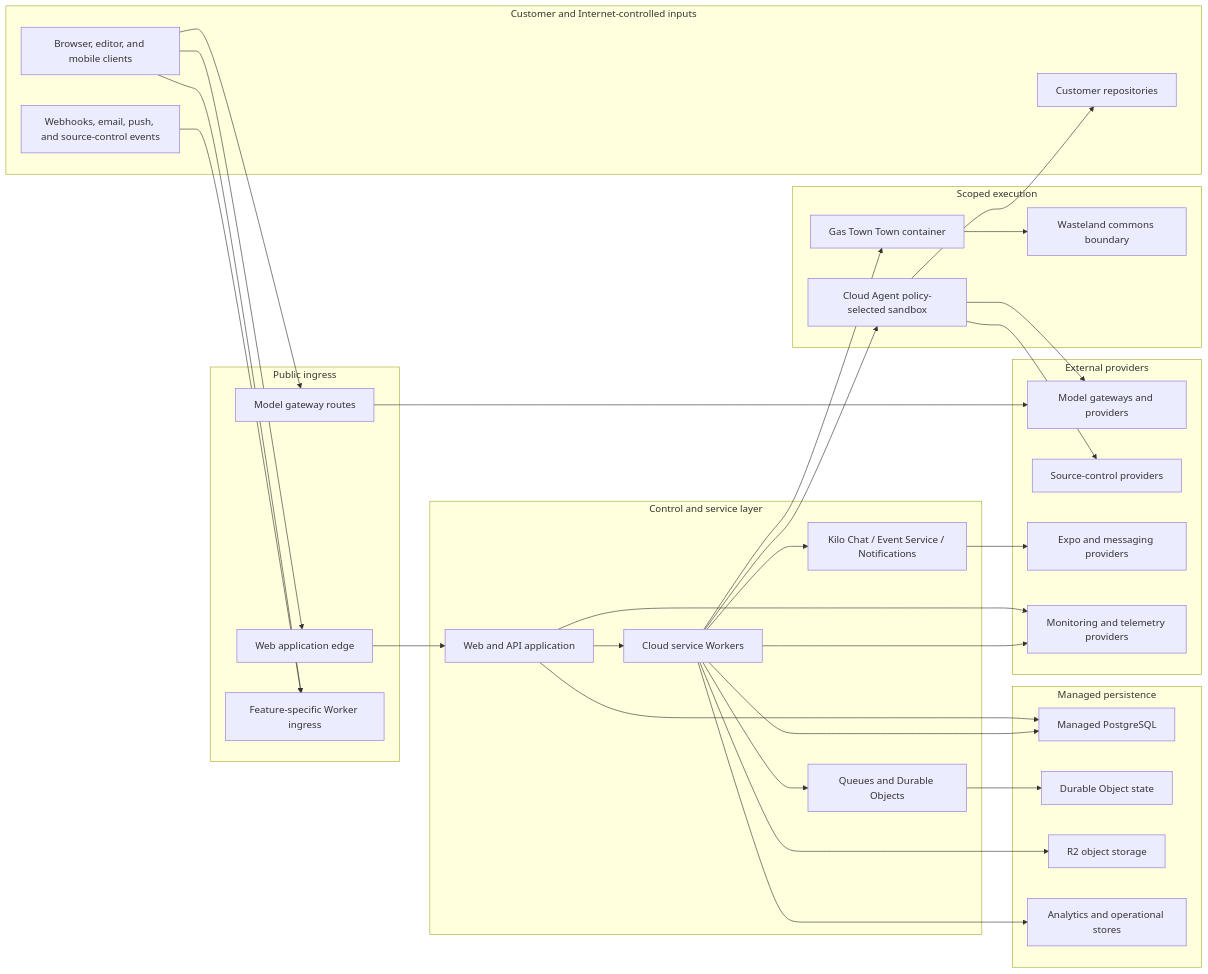
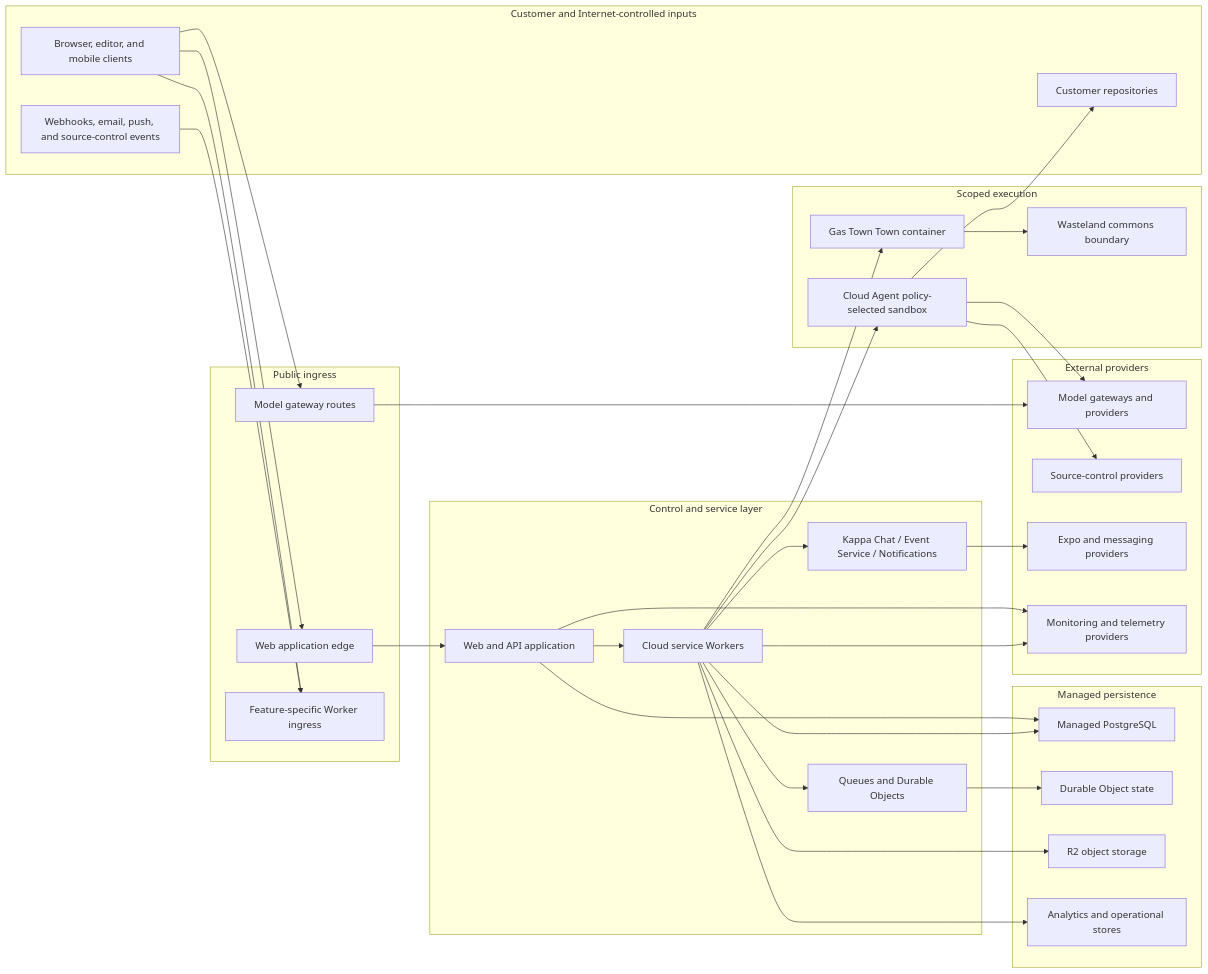
Before and after one commit to toxicwind/The-kappa-engine-open-source-AI-coding-agent-runtime: the first of 4 diagrams in packages/kappa-docs/pages/contributing/architecture/cloud-security.md, drawn with Mermaid. The commit also changed other lines of this file and 5295 other files, not shown here.

````diff
--- a/packages/kappa-docs/pages/contributing/architecture/cloud-security.md
+++ b/packages/kappa-docs/pages/contributing/architecture/cloud-security.md
@@ -31,61 +31,61 @@
 ```mermaid
 flowchart LR
   subgraph customer["Customer and Internet-controlled inputs"]
     clients["Browser, editor, and mobile clients"]
     repos["Customer repositories"]
     integrations["Webhooks, email, push, and source-control events"]
   end
 
   subgraph public["Public ingress"]
     webEdge["Web application edge"]
     gateway["Model gateway routes"]
     cloudEdge["Feature-specific Worker ingress"]
   end
 
   subgraph control["Control and service layer"]
     web["Web and API application"]
     workers["Cloud service Workers"]
-    chat["Kilo Chat / Event Service / Notifications"]
+    chat["Kappa Chat / Event Service / Notifications"]
     async["Queues and Durable Objects"]
   end
 
   subgraph execution["Scoped execution"]
     agent["Cloud Agent policy-selected sandbox"]
     town["Gas Town Town container"]
     wasteland["Wasteland commons boundary"]
   end
 
   subgraph stores["Managed persistence"]
     postgres["Managed PostgreSQL"]
     durable["Durable Object state"]
     objects["R2 object storage"]
     analytics["Analytics and operational stores"]
   end
 
   subgraph providers["External providers"]
     model["Model gateways and providers"]
     source["Source-control providers"]
     messaging["Expo and messaging providers"]
     telemetry["Monitoring and telemetry providers"]
   end
 
   clients --> webEdge --> web
   clients --> gateway --> model
   clients --> cloudEdge
   integrations --> cloudEdge
   web --> workers
   workers --> async --> durable
   workers --> chat
   workers --> agent
   workers --> town --> wasteland
   agent --> repos
   agent --> source
   agent --> model
   chat --> messaging
   web --> postgres
   workers --> postgres
   workers --> objects
   workers --> analytics
   web --> telemetry
   workers --> telemetry
 ```
````
